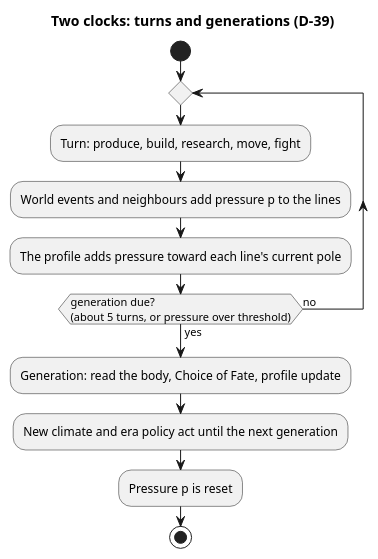
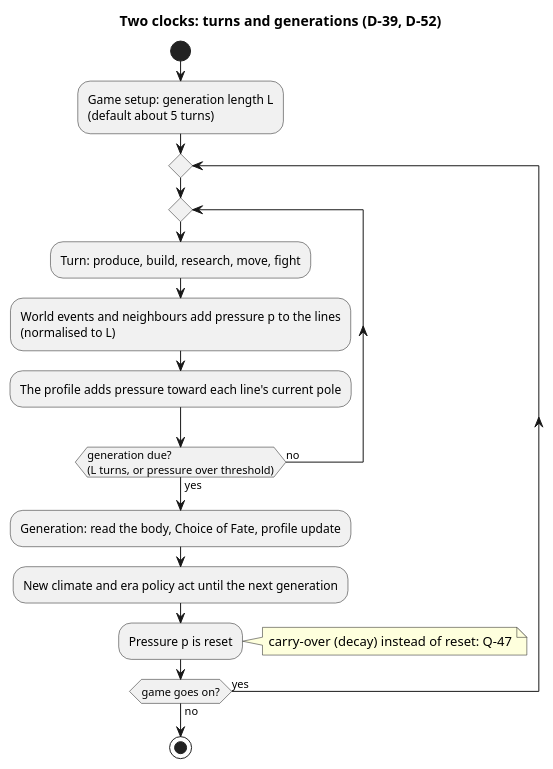
Before and after one commit to zzt108/Syntropy: the diagram in .doc/26-11-17 Game design brainstorming/diagrams/04-two-clocks.puml, drawn with PlantUML. The commit also changed 4 other files, not shown here.

First line of the commit message:
Make generation length a setup option; explain the pressure reset

```diff
--- a/.doc/26-11-17 Game design brainstorming/diagrams/04-two-clocks.puml
+++ b/.doc/26-11-17 Game design brainstorming/diagrams/04-two-clocks.puml
@@ -1,17 +1,22 @@
 @startuml
-' What: the two clocks (D-39): ordinary turns for the body, generations for the soul.
-' Shows: pressure piles up turn by turn; a generation starts after about 5 turns or when the pressure crosses a threshold;
+' What: the two clocks (D-39, D-52): ordinary turns for the body, generations for the soul.
+' Shows: the generation length L is chosen at game setup (default about 5 turns); pressure piles up turn by turn,
+'        normalised to L; a generation starts after L turns or when the pressure crosses a threshold;
 '        at the generation change the body is read, the Choice of Fate runs, and the pressure is reset.
-' Source: brainstorming-base.md, D-25, D-39, D-48. Open: the exact pressure threshold.
-title Two clocks: turns and generations (D-39)
+' Source: brainstorming-base.md, D-25, D-39, D-48, D-52. Open: threshold and normalisation (Q-48), carry-over instead of reset (Q-47).
+title Two clocks: turns and generations (D-39, D-52)
 start
+:Game setup: generation length L\n(default about 5 turns);
 repeat
-  :Turn: produce, build, research, move, fight;
-  :World events and neighbours add pressure p to the lines;
-  :The profile adds pressure toward each line's current pole;
-repeat while (generation due?\n(about 5 turns, or pressure over threshold)) is (no) not (yes)
-:Generation: read the body, Choice of Fate, profile update;
-:New climate and era policy act until the next generation;
-:Pressure p is reset;
+  repeat
+    :Turn: produce, build, research, move, fight;
+    :World events and neighbours add pressure p to the lines\n(normalised to L);
+    :The profile adds pressure toward each line's current pole;
+  repeat while (generation due?\n(L turns, or pressure over threshold)) is (no) not (yes)
+  :Generation: read the body, Choice of Fate, profile update;
+  :New climate and era policy act until the next generation;
+  :Pressure p is reset;
+  note right: carry-over (decay) instead of reset: Q-47
+repeat while (game goes on?) is (yes) not (no)
 stop
 @enduml
```
